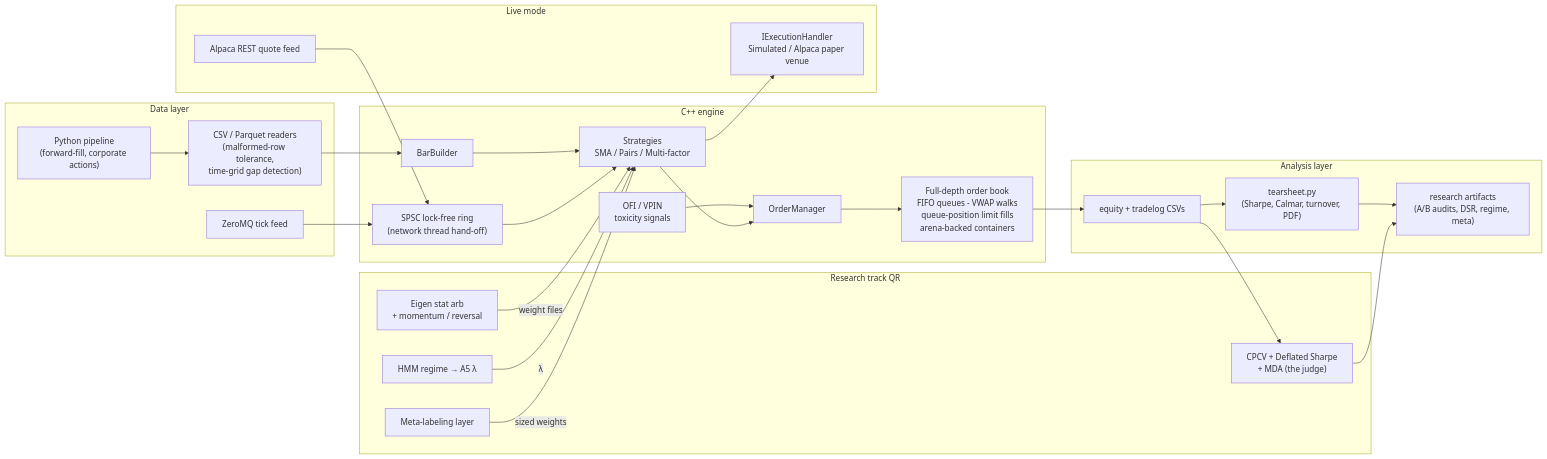
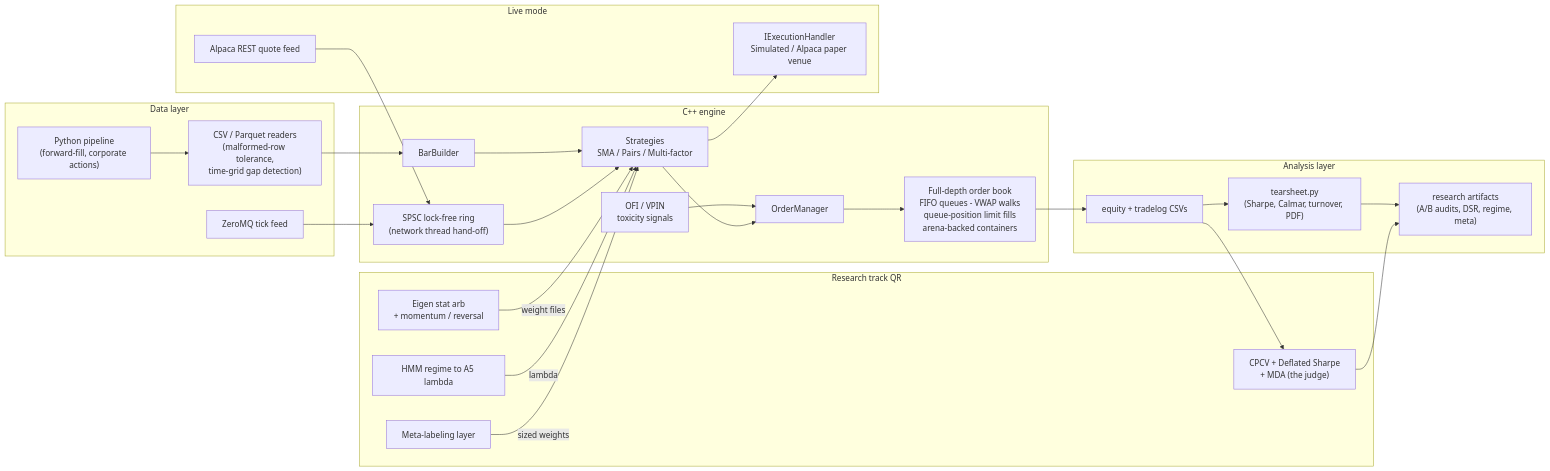
Before and after one commit to MarcusJMyrick/Quantitative-Strategy-Engine-QSE-: the diagram in README.md, drawn with Mermaid.

Commit message:
fix(readme): make architecture Mermaid diagram render on GitHub
The rewrite introduced non-ASCII tokens (→, λ) into a node label and an edge
label. GitHub's Mermaid parser fails the whole diagram on a single bad token, so
it showed nothing. Replaced with ASCII ("HMM regime to A5 lambda", edge label
"lambda"); the diagram is now pure ASCII and parses like the original.

````diff
--- a/README.md
+++ b/README.md
@@ -197,41 +197,41 @@
 ```mermaid
 flowchart LR
     subgraph ingest [Data layer]
         CSV["CSV / Parquet readers<br/>(malformed-row tolerance,<br/>time-grid gap detection)"]
         PY["Python pipeline<br/>(forward-fill, corporate actions)"]
         ZMQ["ZeroMQ tick feed"]
     end
     subgraph core [C++ engine]
         RING["SPSC lock-free ring<br/>(network thread hand-off)"]
         BB["BarBuilder"]
         STRAT["Strategies<br/>SMA / Pairs / Multi-factor"]
         TOX["OFI / VPIN<br/>toxicity signals"]
         OM["OrderManager"]
         BOOK["Full-depth order book<br/>FIFO queues - VWAP walks<br/>queue-position limit fills<br/>arena-backed containers"]
     end
     subgraph research [Research track QR]
         SA["Eigen stat arb<br/>+ momentum / reversal"]
-        REG["HMM regime → A5 λ"]
+        REG["HMM regime to A5 lambda"]
         META["Meta-labeling layer"]
         VAL["CPCV + Deflated Sharpe<br/>+ MDA (the judge)"]
     end
     subgraph live [Live mode]
         FEED["Alpaca REST quote feed"]
         EXE["IExecutionHandler<br/>Simulated / Alpaca paper venue"]
     end
     subgraph out [Analysis layer]
         LOGS["equity + tradelog CSVs"]
         TEAR["tearsheet.py<br/>(Sharpe, Calmar, turnover, PDF)"]
         RES["research artifacts<br/>(A/B audits, DSR, regime, meta)"]
     end
     PY --> CSV --> BB --> STRAT
     ZMQ --> RING --> STRAT
     FEED --> RING
     TOX --> OM
     STRAT --> OM --> BOOK --> LOGS --> TEAR --> RES
     STRAT --> EXE
     SA -->|weight files| STRAT
-    REG -->|λ| STRAT
+    REG -->|lambda| STRAT
     META -->|sized weights| STRAT
     LOGS --> VAL --> RES
 ```
````
